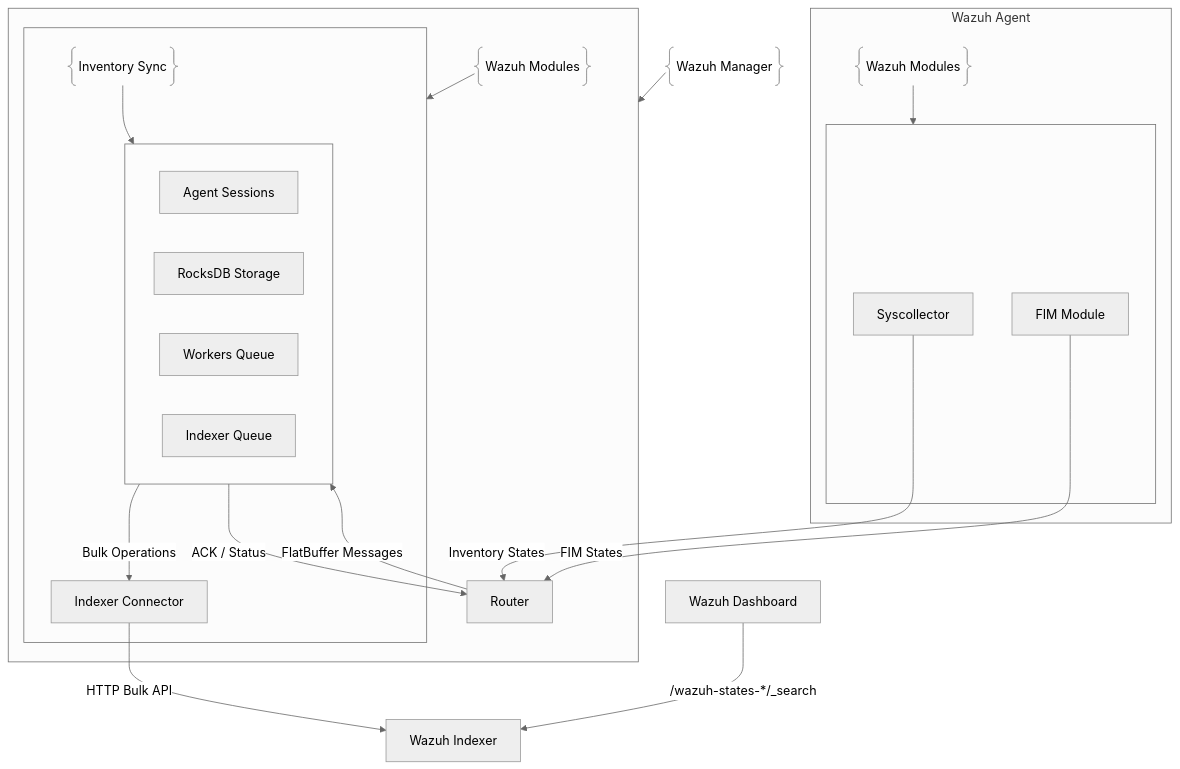
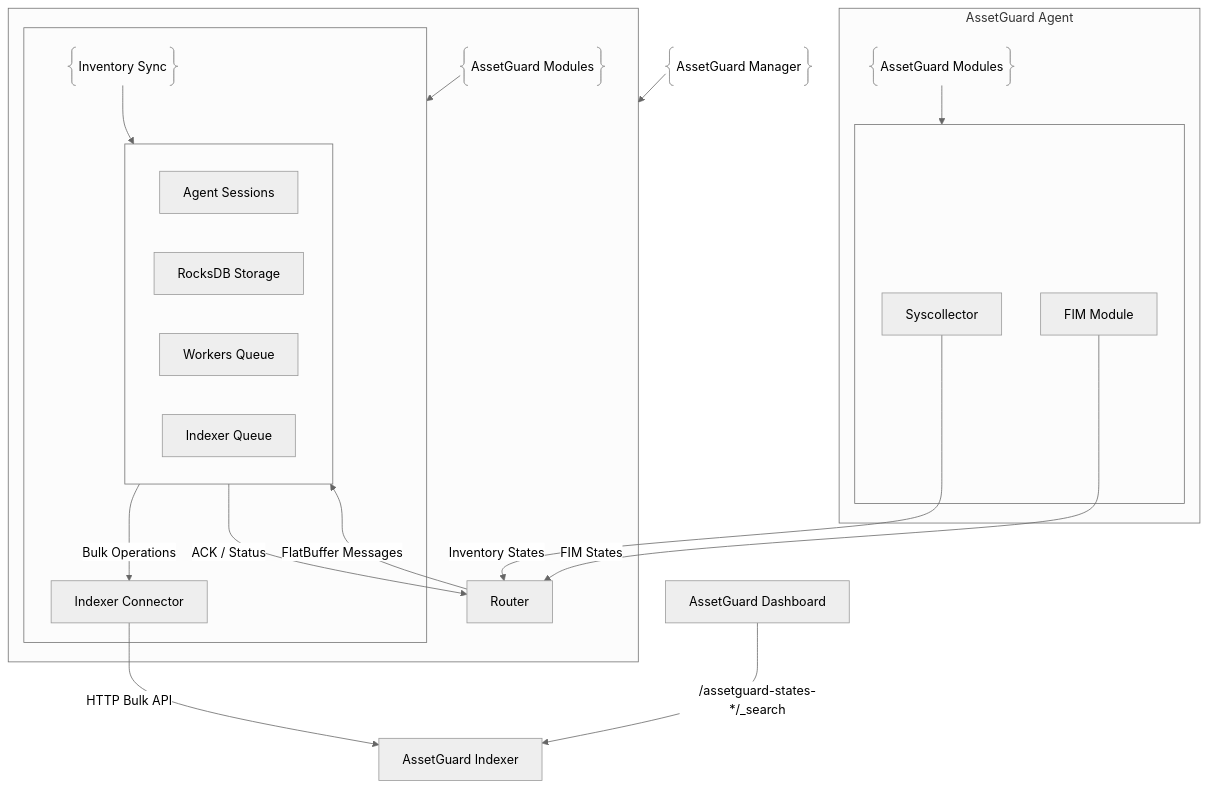
Before and after one commit to Ghostofpotato/AssetGuard: the diagram in docs/ref/modules/inventory-sync/architecture.md, drawn with Mermaid (neutral theme). The commit also changed other lines of this file and 4032 other files, not shown here.

First line of the commit message:
Rebrand: replace all Wazuh references with AssetGuard

````diff
--- a/docs/ref/modules/inventory-sync/architecture.md
+++ b/docs/ref/modules/inventory-sync/architecture.md
@@ -189,36 +189,36 @@
 ```mermaid
 flowchart TD
 
-subgraph WazuhManager[" "]
-  subgraph WazuhModulesM[" "]
+subgraph AssetGuardManager[" "]
+  subgraph AssetGuardModulesM[" "]
     subgraph InventorySync[" "]
       AgentSessions["Agent Sessions"]
       LocalStorage["RocksDB Storage"]
       WorkersQueue["Workers Queue"] 
       IndexerQueue["Indexer Queue"]
     end
     D@{ shape: braces, label: "Inventory Sync" } --> InventorySync
     IndexerConnector["Indexer Connector"]
     InventorySync -- "Bulk Operations" --> IndexerConnector
   end
-  C@{ shape: braces, label: "Wazuh Modules" } --> WazuhModulesM
+  C@{ shape: braces, label: "AssetGuard Modules" } --> AssetGuardModulesM
   Router -- "FlatBuffer Messages" --> InventorySync
   InventorySync -- "ACK / Status" --> Router
 end
-B@{ shape: braces, label: "Wazuh Manager" } --> WazuhManager
-IndexerConnector -- "HTTP Bulk API" --> WazuhIndexer
+B@{ shape: braces, label: "AssetGuard Manager" } --> AssetGuardManager
+IndexerConnector -- "HTTP Bulk API" --> AssetGuardIndexer
 
-subgraph WazuhAgent["Wazuh Agent"]
-  subgraph WazuhModulesA[" "]
+subgraph AssetGuardAgent["AssetGuard Agent"]
+  subgraph AssetGuardModulesA[" "]
     Syscollector["Syscollector"]
     FIM["FIM Module"]  
   end
-  A@{ shape: braces, label: "Wazuh Modules" } --> WazuhModulesA
+  A@{ shape: braces, label: "AssetGuard Modules" } --> AssetGuardModulesA
   Syscollector -- "Inventory States" --> Router
   FIM -- "FIM States" --> Router
 end
 
-WazuhIndexer["Wazuh Indexer"]
-WazuhDashboard["Wazuh Dashboard"]
-WazuhDashboard -- "/wazuh-states-*/_search" --> WazuhIndexer
+AssetGuardIndexer["AssetGuard Indexer"]
+AssetGuardDashboard["AssetGuard Dashboard"]
+AssetGuardDashboard -- "/assetguard-states-*/_search" --> AssetGuardIndexer
 ```
````
